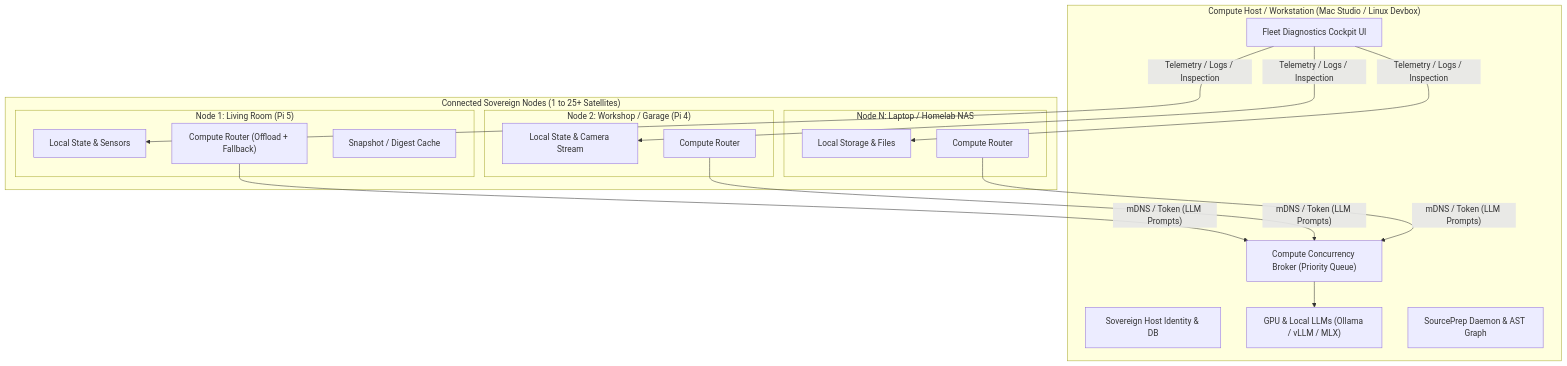
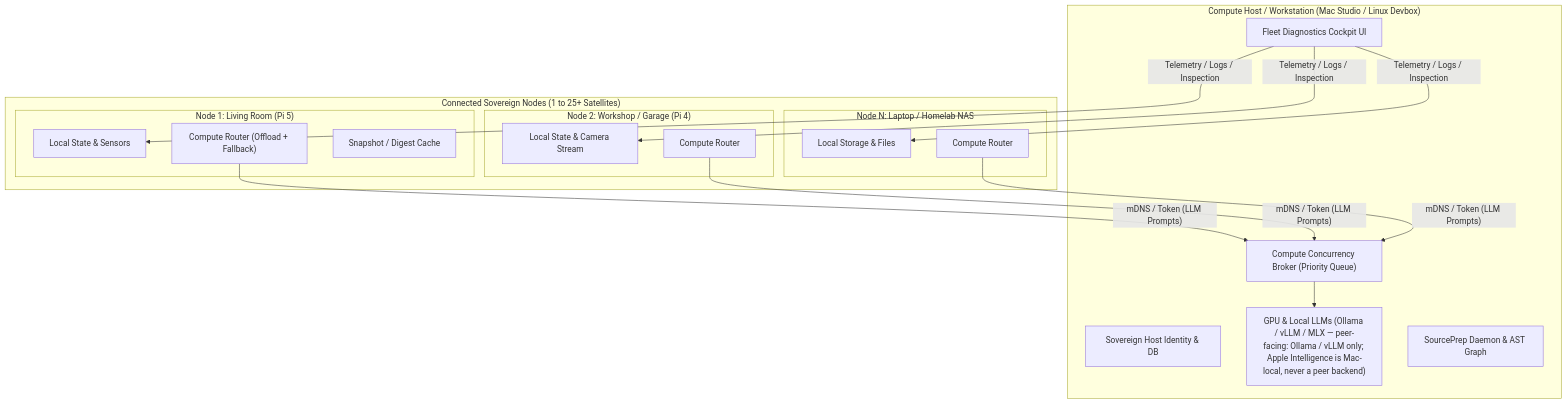
The diagram in .handoff/HANDOFF-FEDERATED-MULTI-NODE-COMPUTE-AND-FLEET-2026-08-29.md (EricBintner/Halbert), drawn with Mermaid before and after one commit. The commit also changed other lines of this file and 18 other files, not shown here.

````diff
--- a/.handoff/HANDOFF-FEDERATED-MULTI-NODE-COMPUTE-AND-FLEET-2026-08-29.md
+++ b/.handoff/HANDOFF-FEDERATED-MULTI-NODE-COMPUTE-AND-FLEET-2026-08-29.md
@@ -24,35 +26,35 @@
 ```mermaid
 graph TD
     subgraph DesktopCockpit["Compute Host / Workstation (Mac Studio / Linux Devbox)"]
         HostIdentity["Sovereign Host Identity & DB"]
-        HostGPU["GPU & Local LLMs (Ollama / vLLM / MLX)"]
+        HostGPU["GPU & Local LLMs (Ollama / vLLM / MLX — peer-facing: Ollama / vLLM only; Apple Intelligence is Mac-local, never a peer backend)"]
         SPDaemon["SourcePrep Daemon & AST Graph"]
         FleetCockpit["Fleet Diagnostics Cockpit UI"]
         ComputeQueue["Compute Concurrency Broker (Priority Queue)"]
     end
 
     subgraph Satellites["Connected Sovereign Nodes (1 to 25+ Satellites)"]
         subgraph Node1["Node 1: Living Room (Pi 5)"]
             Node1Self["Local State & Sensors"]
             Node1Router["Compute Router (Offload + Fallback)"]
             Node1Cache["Snapshot / Digest Cache"]
         end
         subgraph Node2["Node 2: Workshop / Garage (Pi 4)"]
             Node2Self["Local State & Camera Stream"]
             Node2Router["Compute Router"]
         end
         subgraph NodeN["Node N: Laptop / Homelab NAS"]
             NodeNSelf["Local Storage & Files"]
             NodeNRouter["Compute Router"]
         end
     end
 
     Node1Router -->|"mDNS / Token (LLM Prompts)"| ComputeQueue
     Node2Router -->|"mDNS / Token (LLM Prompts)"| ComputeQueue
     NodeNRouter -->|"mDNS / Token (LLM Prompts)"| ComputeQueue
     ComputeQueue --> HostGPU
 
     FleetCockpit -->|"Telemetry / Logs / Inspection"| Node1Self
     FleetCockpit -->|"Telemetry / Logs / Inspection"| Node2Self
     FleetCockpit -->|"Telemetry / Logs / Inspection"| NodeNSelf
 ```
````
